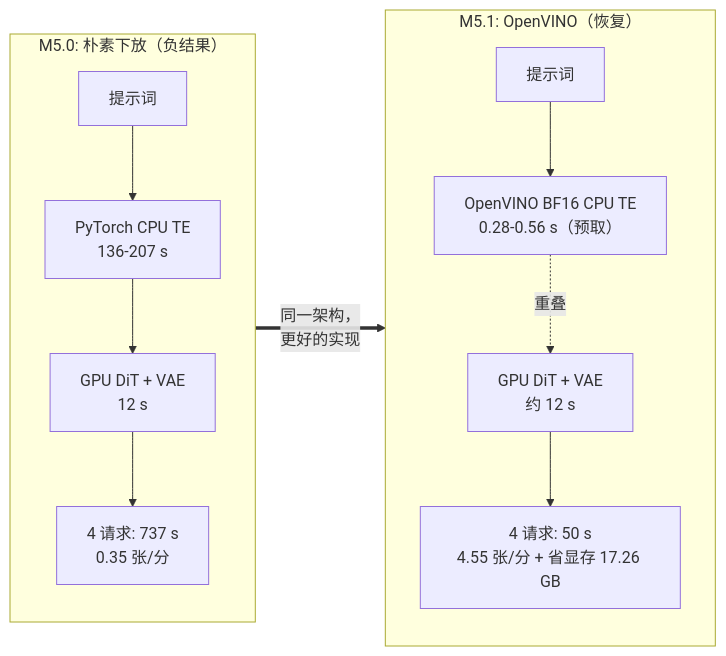
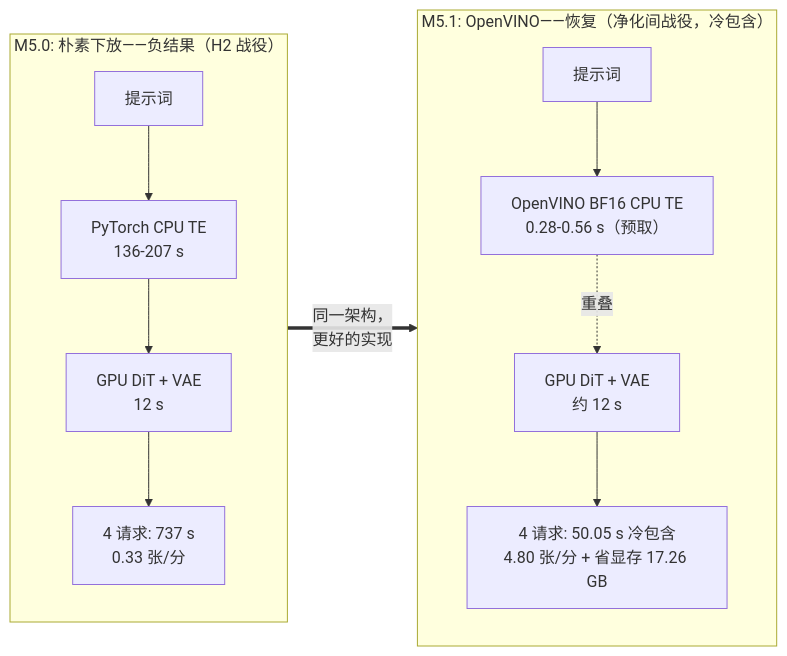
One commit to AIwork4me/qwen-image-inference-tuning-course changed the diagram in README.zh-CN.md. Above: the diagram before and after it, drawn with Mermaid. The commit also changed other lines of this file and 4 other files, not shown here.

````diff
--- a/README.zh-CN.md
+++ b/README.zh-CN.md
@@ -63,14 +69,14 @@
 ```mermaid
 flowchart LR
-  subgraph M5.0 ["M5.0: 朴素下放（负结果）"]
+  subgraph M5.0 ["M5.0: 朴素下放——负结果（H2 战役）"]
     A1["提示词"] --> A2["PyTorch CPU TE<br/>136-207 s"]
     A2 --> A3["GPU DiT + VAE<br/>12 s"]
-    A3 --> A4["4 请求: 737 s<br/>0.35 张/分"]
+    A3 --> A4["4 请求: 737 s<br/>0.33 张/分"]
   end
-  subgraph M5.1 ["M5.1: OpenVINO（恢复）"]
+  subgraph M5.1 ["M5.1: OpenVINO——恢复（净化间战役，冷包含）"]
     B1["提示词"] --> B2["OpenVINO BF16 CPU TE<br/>0.28-0.56 s（预取）"]
     B2 -. 重叠 .-> B3["GPU DiT + VAE<br/>约 12 s"]
-    B3 --> B4["4 请求: 50 s<br/>4.55 张/分 + 省显存 17.26 GB"]
+    B3 --> B4["4 请求: 50.05 s 冷包含<br/>4.80 张/分 + 省显存 17.26 GB"]
   end
   M5.0 ==>|"同一架构，<br/>更好的实现"| M5.1
 ```
````
